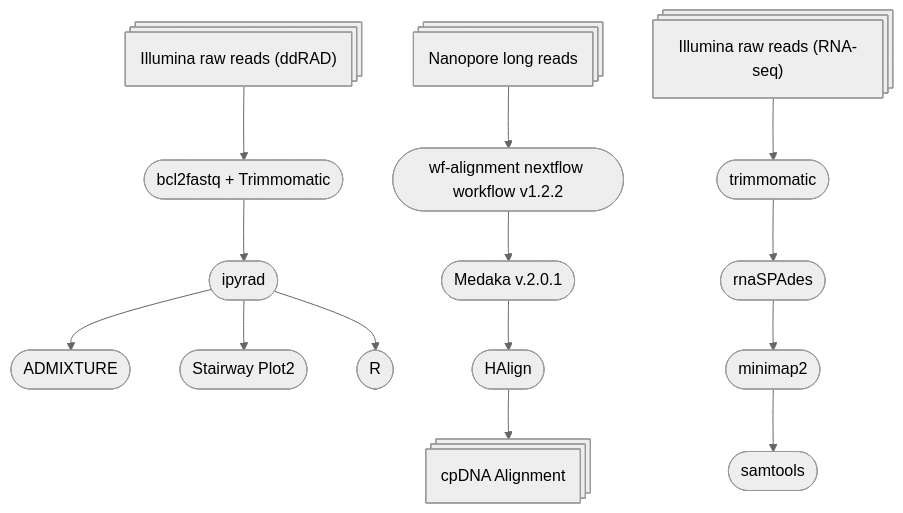
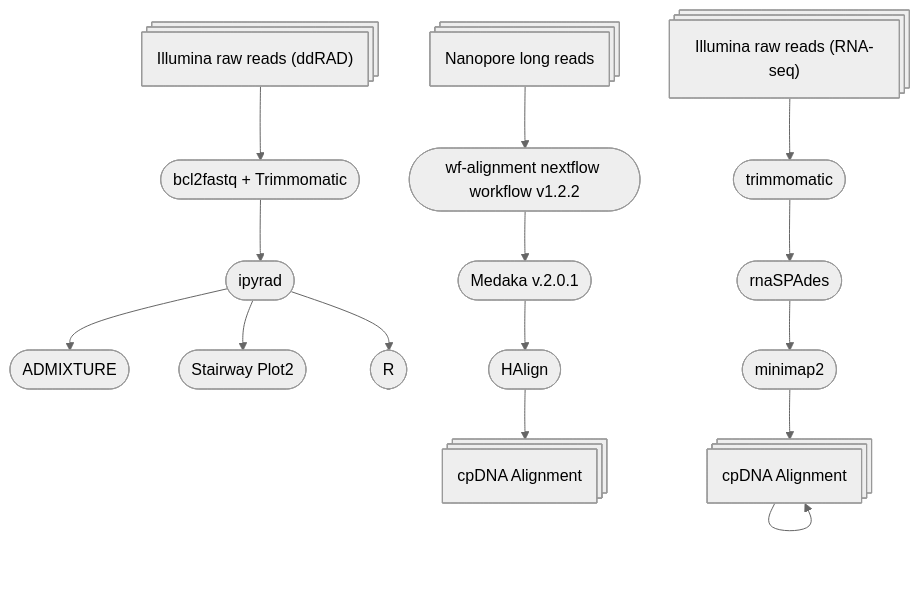
Before and after one commit to kuprinak/Drosera_pogen: the diagram in README.md, drawn with Mermaid (neutral theme).

````diff
--- a/README.md
+++ b/README.md
@@ -19,18 +19,18 @@
 ```mermaid
 flowchart TB
 A@{shape: procs, label: "Illumina raw reads (ddRAD)"} --> B([bcl2fastq + Trimmomatic]);
 B --> C([ipyrad]);
 C --> D([ADMIXTURE]);
 C --> E([Stairway Plot2]);
 C --> F([R])
 
 AA@{shape: procs, label: "Nanopore long reads"} --> K([wf-alignment nextflow workflow v1.2.2]);
 K --> K1([Medaka v.2.0.1]);
 K1 --> K2([HAlign]) --> K3@{shape: procs, label: "cpDNA Alignment"}
 
 AAA@{shape: procs, label: "Illumina raw reads (RNA-seq)"} --> SPA([trimmomatic]);
 SPA --> SPA1([rnaSPAdes]);
 SPA1 --> SPA2([minimap2]);
-SPA2 --> SPA3([samtools])
+SPA2 --> SPA3([samtools]) --> SPA3@{shape: procs, label: "cpDNA Alignment"}
 
 ```
````
